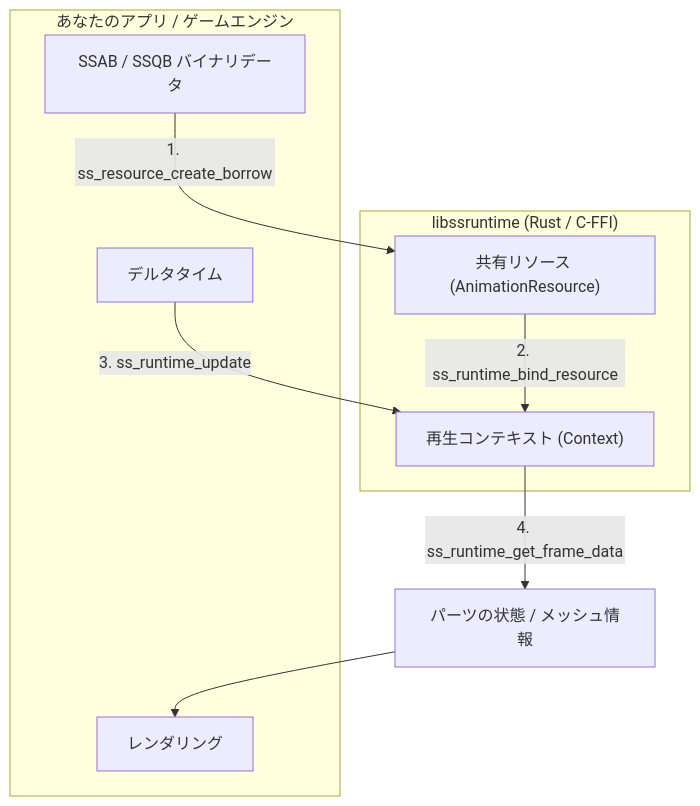
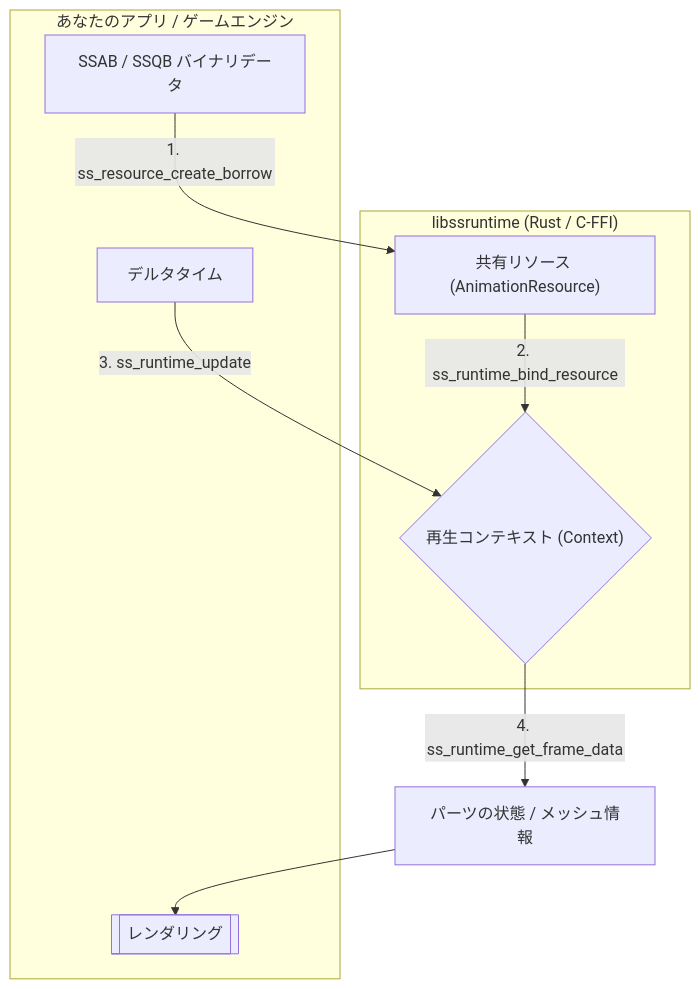
Before and after one commit to cri-middleware/SpriteStudio-SDK: the diagram in libs/ssruntime/README.ja.md, drawn with Mermaid. The commit also changed other lines of this file and 4 other files, not shown here.

````diff
--- a/libs/ssruntime/README.ja.md
+++ b/libs/ssruntime/README.ja.md
@@ -52,19 +56,19 @@
 ```mermaid
 graph TD
     subgraph App ["あなたのアプリ / ゲームエンジン"]
-        RAW["SSAB / SSQB バイナリデータ"]
-        DT["デルタタイム"]
-        DRAW["レンダリング"]
+        RAW[" SSAB / SSQB バイナリデータ "]
+        DT[" デルタタイム "]
+        DRAW[[" レンダリング "]]
     end
 
     subgraph SSRuntime ["libssruntime (Rust / C-FFI)"]
-        RES["共有リソース (AnimationResource)"]
-        CTX["再生コンテキスト (Context)"]
+        RES[" 共有リソース (AnimationResource) "]
+        CTX{" 再生コンテキスト (Context) "}
     end
 
     RAW -->|1. ss_resource_create_borrow| RES
     RES -->|2. ss_runtime_bind_resource| CTX
     DT -->|3. ss_runtime_update| CTX
-    CTX -->|4. ss_runtime_get_frame_data| STATE["パーツの状態 / メッシュ情報"]
+    CTX -->|4. ss_runtime_get_frame_data| STATE[" パーツの状態 / メッシュ情報 "]
     STATE --> DRAW
 ```
````
